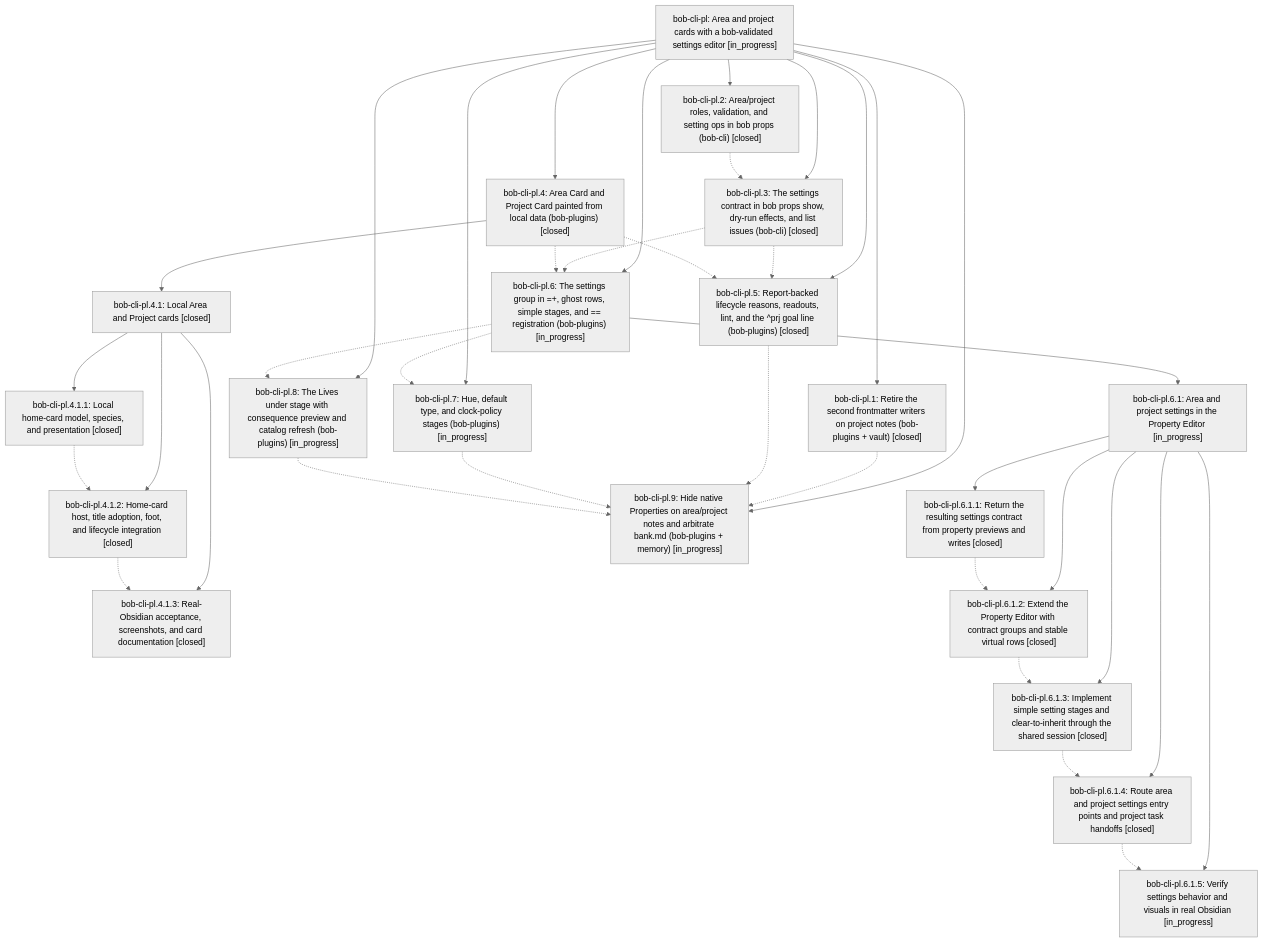
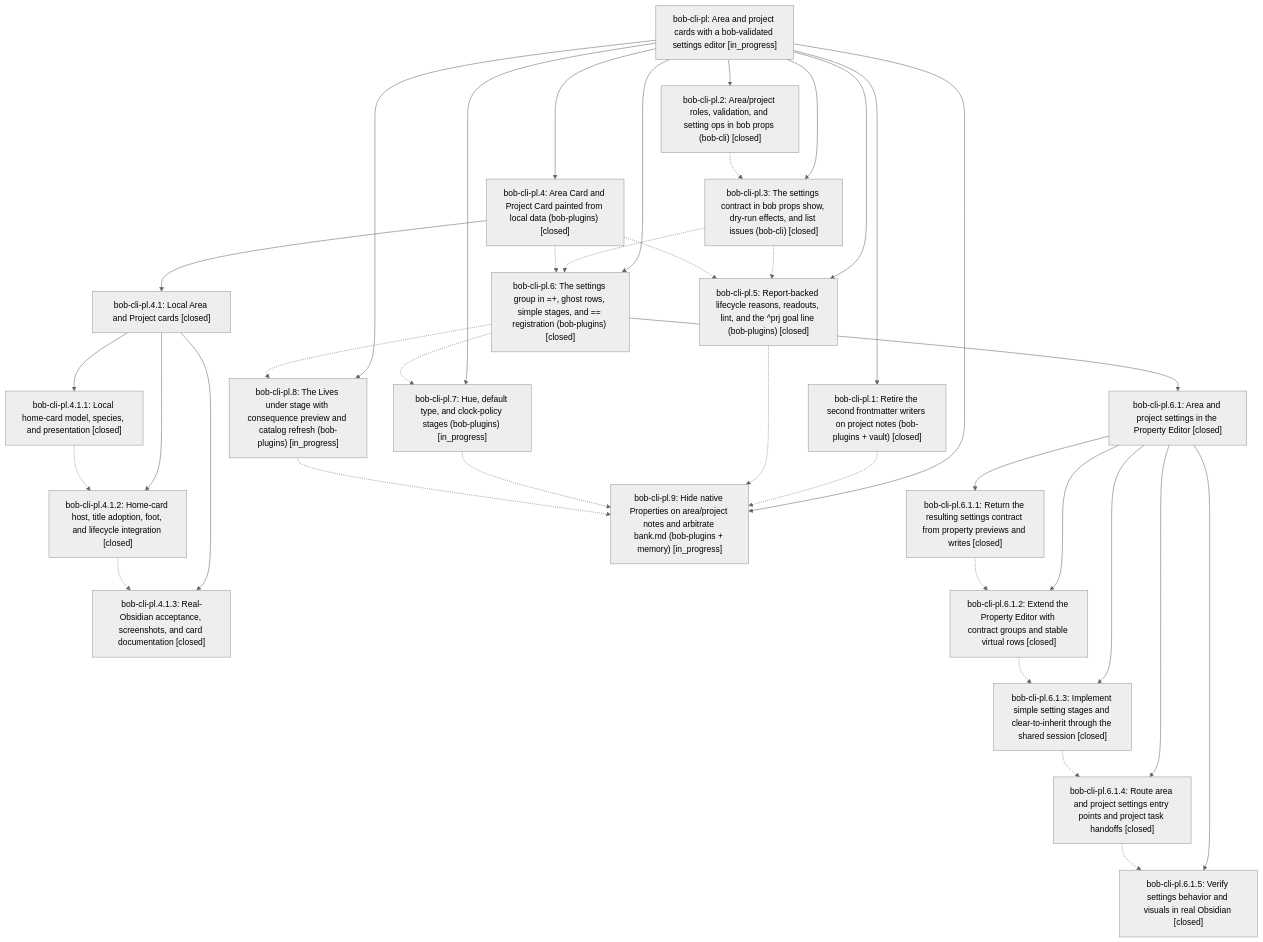
Before and after one commit to bobs-org/bob-cli--beads: the diagram in pages/bob-cli-pl/README.md, drawn with Mermaid (neutral theme). The commit also changed other lines of this file and 8 other files, not shown here.

First line of the commit message:
chore(beads): sync bead state and pages for bob-cli-pl

````diff
--- a/pages/bob-cli-pl/README.md
+++ b/pages/bob-cli-pl/README.md
@@ -50,59 +50,59 @@
 ```mermaid
 flowchart TD
     n0["bob-cli-pl: Area and project cards with a bob-validated settings editor [in_progress]"]
     n1["bob-cli-pl.1: Retire the second frontmatter writers on project notes (bob-plugins + vault) [closed]"]
     n2["bob-cli-pl.2: Area/project roles, validation, and setting ops in bob props (bob-cli) [closed]"]
     n3["bob-cli-pl.3: The settings contract in bob props show, dry-run effects, and list issues (bob-cli) [closed]"]
     n4["bob-cli-pl.4: Area Card and Project Card painted from local data (bob-plugins) [closed]"]
     n5["bob-cli-pl.4.1: Local Area and Project cards [closed]"]
     n6["bob-cli-pl.4.1.1: Local home-card model, species, and presentation [closed]"]
     n7["bob-cli-pl.4.1.2: Home-card host, title adoption, foot, and lifecycle integration [closed]"]
     n8["bob-cli-pl.4.1.3: Real-Obsidian acceptance, screenshots, and card documentation [closed]"]
     n9["bob-cli-pl.5: Report-backed lifecycle reasons, readouts, lint, and the ^prj goal line (bob-plugins) [closed]"]
-    n10["bob-cli-pl.6: The settings group in =+, ghost rows, simple stages, and == registration (bob-plugins) [in_progress]"]
-    n11["bob-cli-pl.6.1: Area and project settings in the Property Editor [in_progress]"]
+    n10["bob-cli-pl.6: The settings group in =+, ghost rows, simple stages, and == registration (bob-plugins) [closed]"]
+    n11["bob-cli-pl.6.1: Area and project settings in the Property Editor [closed]"]
     n12["bob-cli-pl.6.1.1: Return the resulting settings contract from property previews and writes [closed]"]
     n13["bob-cli-pl.6.1.2: Extend the Property Editor with contract groups and stable virtual rows [closed]"]
     n14["bob-cli-pl.6.1.3: Implement simple setting stages and clear-to-inherit through the shared session [closed]"]
     n15["bob-cli-pl.6.1.4: Route area and project settings entry points and project task handoffs [closed]"]
-    n16["bob-cli-pl.6.1.5: Verify settings behavior and visuals in real Obsidian [in_progress]"]
+    n16["bob-cli-pl.6.1.5: Verify settings behavior and visuals in real Obsidian [closed]"]
     n17["bob-cli-pl.7: Hue, default type, and clock-policy stages (bob-plugins) [in_progress]"]
     n18["bob-cli-pl.8: The Lives under stage with consequence preview and catalog refresh (bob-plugins) [in_progress]"]
     n19["bob-cli-pl.9: Hide native Properties on area/project notes and arbitrate bank.md (bob-plugins + memory) [in_progress]"]
     n0 --> n1
     n0 --> n2
     n0 --> n3
     n0 --> n4
     n4 --> n5
     n5 --> n6
     n5 --> n7
     n5 --> n8
     n0 --> n9
     n0 --> n10
     n10 --> n11
     n11 --> n12
     n11 --> n13
     n11 --> n14
     n11 --> n15
     n11 --> n16
     n0 --> n17
     n0 --> n18
     n0 --> n19
     n1 -.-> n19
     n2 -.-> n3
     n3 -.-> n9
     n3 -.-> n10
     n4 -.-> n9
     n4 -.-> n10
     n6 -.-> n7
     n7 -.-> n8
     n9 -.-> n19
     n10 -.-> n17
     n10 -.-> n18
     n12 -.-> n13
     n13 -.-> n14
     n14 -.-> n15
     n15 -.-> n16
     n17 -.-> n19
     n18 -.-> n19
 ```
````
